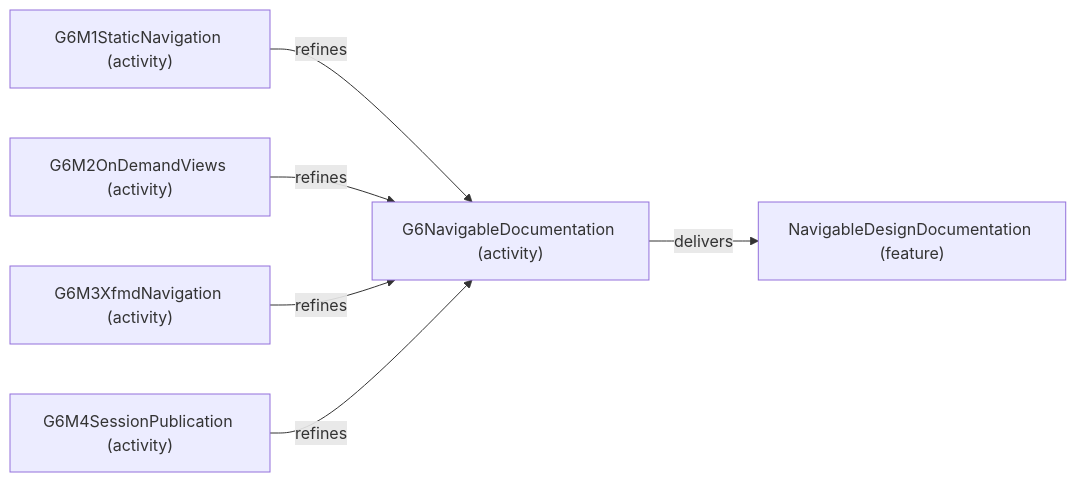
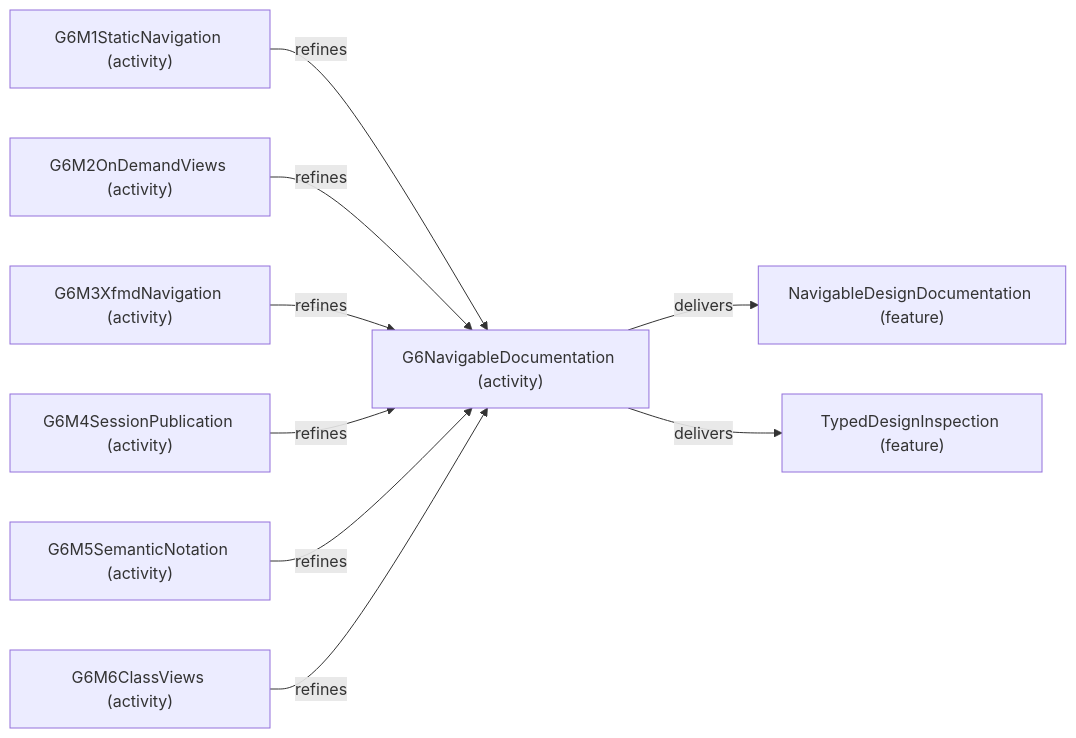
Before and after one commit to Hans-Einar/SDP: the diagram in SDUI/design/viewpoints/diagrams/VP06-detail-G6NavigableDocumentation.mmd, drawn with Mermaid. The commit also changed 38 other files, not shown here.

First line of the commit message:
[G6-D2] Plan level-based navigation and semantic diagram notation

```diff
--- a/SDUI/design/viewpoints/diagrams/VP06-detail-G6NavigableDocumentation.mmd
+++ b/SDUI/design/viewpoints/diagrams/VP06-detail-G6NavigableDocumentation.mmd
@@ -1,12 +1,18 @@
 flowchart LR
     n_G6M1StaticNavigation["G6M1StaticNavigation (activity)"]
     n_G6M2OnDemandViews["G6M2OnDemandViews (activity)"]
     n_G6M3XfmdNavigation["G6M3XfmdNavigation (activity)"]
     n_G6M4SessionPublication["G6M4SessionPublication (activity)"]
+    n_G6M5SemanticNotation["G6M5SemanticNotation (activity)"]
+    n_G6M6ClassViews["G6M6ClassViews (activity)"]
     n_G6NavigableDocumentation["G6NavigableDocumentation (activity)"]
     n_NavigableDesignDocumentation["NavigableDesignDocumentation (feature)"]
+    n_TypedDesignInspection["TypedDesignInspection (feature)"]
     n_G6M1StaticNavigation -->|refines| n_G6NavigableDocumentation
     n_G6M2OnDemandViews -->|refines| n_G6NavigableDocumentation
     n_G6M3XfmdNavigation -->|refines| n_G6NavigableDocumentation
     n_G6M4SessionPublication -->|refines| n_G6NavigableDocumentation
+    n_G6M5SemanticNotation -->|refines| n_G6NavigableDocumentation
+    n_G6M6ClassViews -->|refines| n_G6NavigableDocumentation
     n_G6NavigableDocumentation -->|delivers| n_NavigableDesignDocumentation
+    n_G6NavigableDocumentation -->|delivers| n_TypedDesignInspection
```
